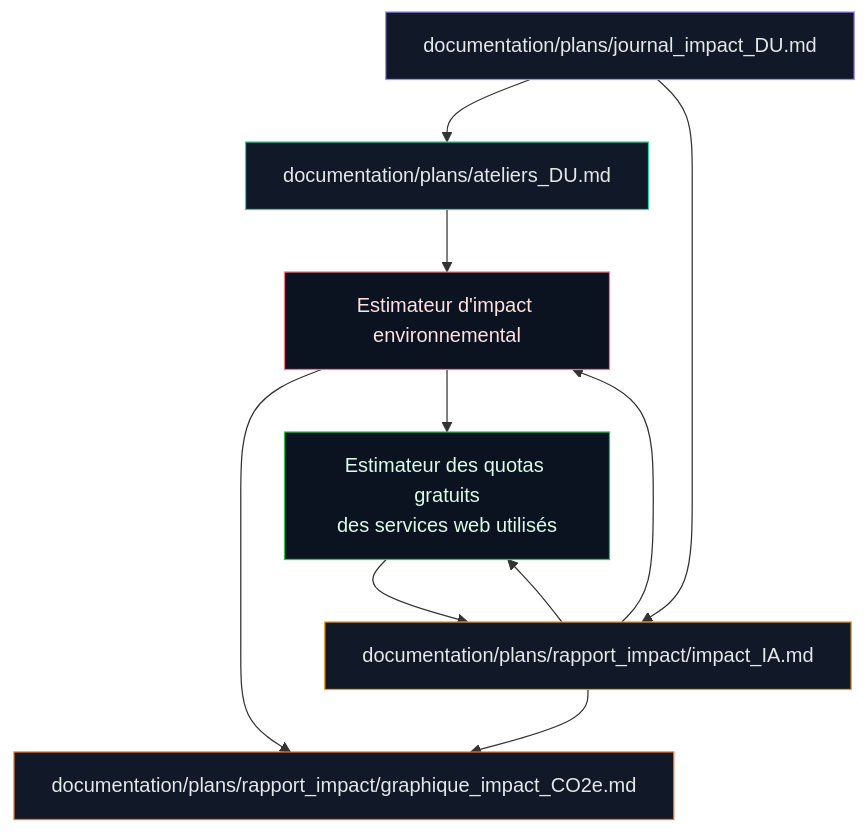
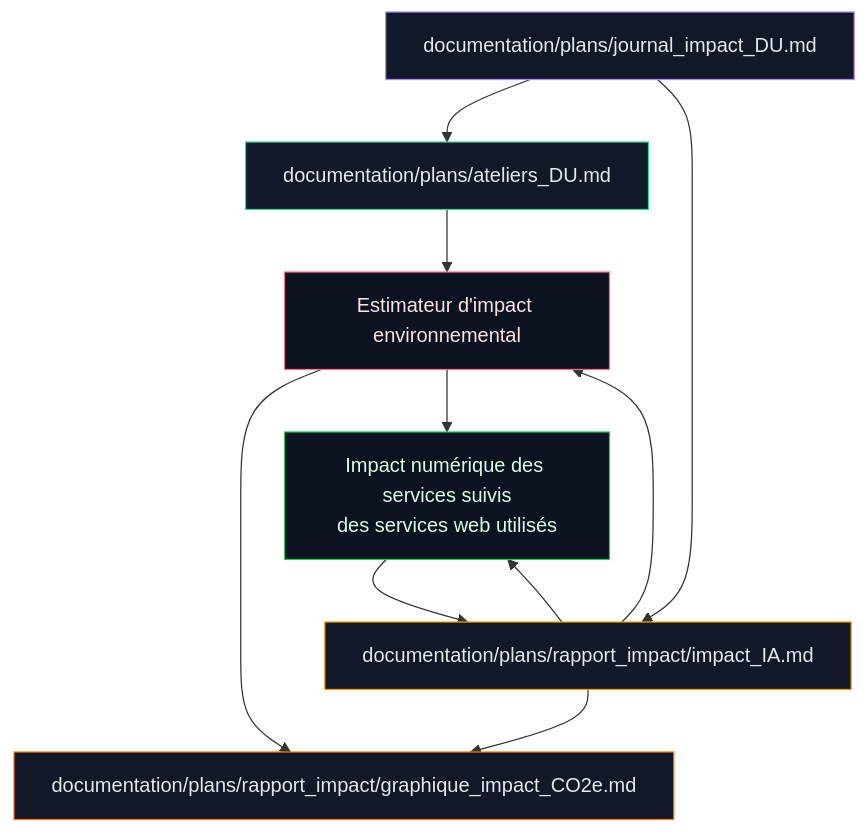
The diagram in documentation/plans/journal_impact_DU.md (maxd4/CleanmyMap), drawn with Mermaid before and after one commit. The commit also changed other lines of this file and 245 other files, not shown here.

````diff
--- a/documentation/plans/journal_impact_DU.md
+++ b/documentation/plans/journal_impact_DU.md
@@ -37,26 +37,26 @@
 ```mermaid
 flowchart TD
   AJ["documentation/plans/ateliers_DU.md"]
   RI["documentation/plans/rapport_impact/impact_IA.md"]
   GI["documentation/plans/rapport_impact/graphique_impact_CO2e.md"]
   JI["documentation/plans/journal_impact_DU.md"]
   EI["Estimateur d'impact environnemental"]
-  QG["Estimateur des quotas gratuits<br/>des services web utilisés"]
+  QG["Impact numérique des services suivis<br/>des services web utilisés"]
 
   JI --> AJ
   JI --> RI
   RI --> GI
   RI --> EI
   RI --> QG
   AJ --> EI
   EI --> GI
   EI --> QG
   QG --> RI
 
   style AJ fill:#111827,stroke:#34d399,color:#e5e7eb
   style RI fill:#111827,stroke:#f59e0b,color:#e5e7eb
   style GI fill:#111827,stroke:#f97316,color:#e5e7eb
   style JI fill:#111827,stroke:#a78bfa,color:#e5e7eb
   style EI fill:#0b1220,stroke:#fb7185,color:#fee2e2
   style QG fill:#0b1220,stroke:#22c55e,color:#dcfce7
 ```
````
